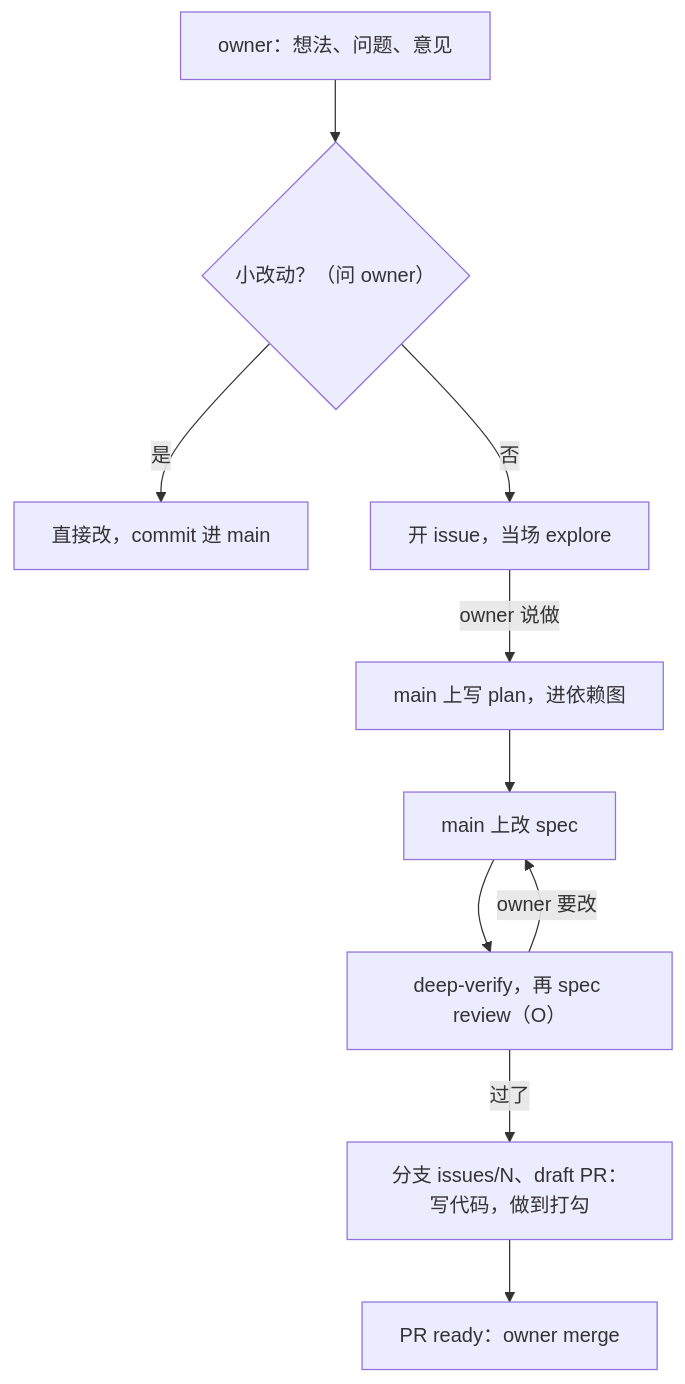
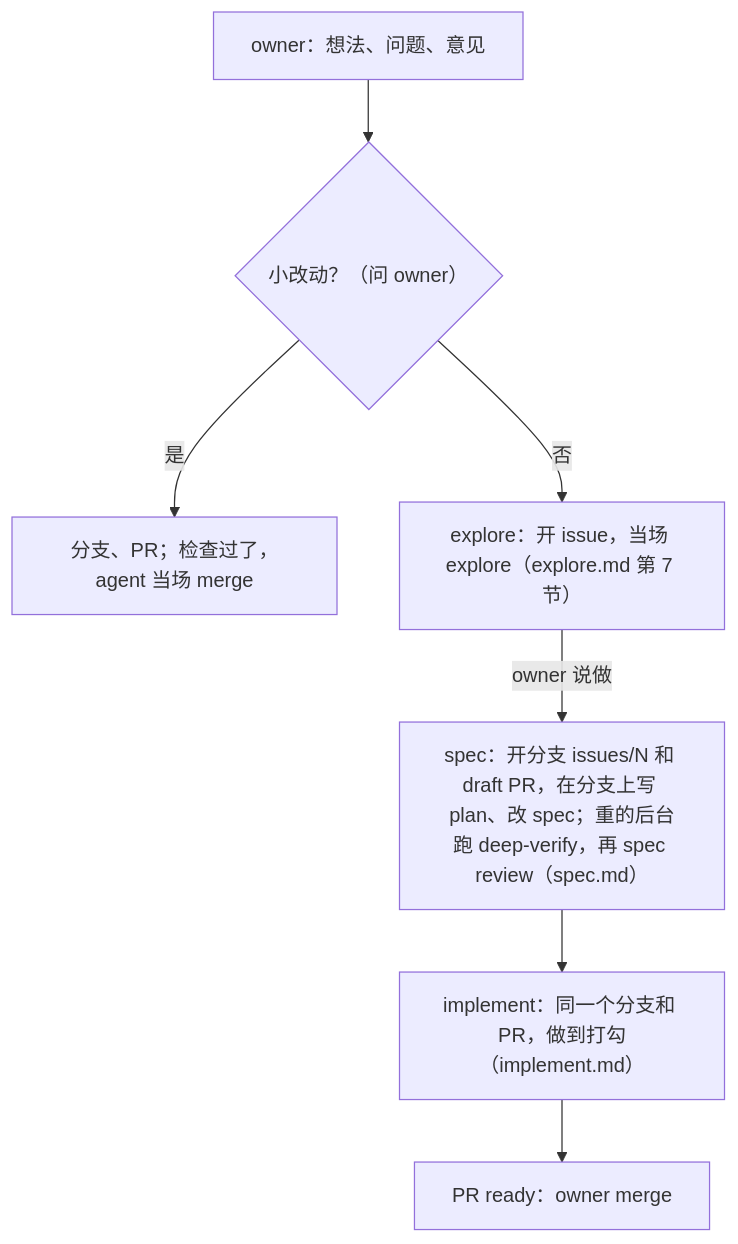
Before and after one commit to shiyuann/aboveloop: the diagram in skills/entry/SKILL.md, drawn with Mermaid. The commit also changed other lines of this file and 81 other files, not shown here.

````diff
--- a/skills/entry/SKILL.md
+++ b/skills/entry/SKILL.md
@@ -115,12 +120,9 @@
 ```mermaid
 flowchart TB
   A["owner：想法、问题、意见"] --> B{"小改动？（问 owner）"}
-  B -->|是| C["直接改，commit 进 main"]
-  B -->|否| D["开 issue，当场 explore"]
-  D -->|owner 说做| E["main 上写 plan，进依赖图"]
-  E --> F["main 上改 spec"]
-  F --> G["deep-verify，再 spec review（O）"]
-  G -->|owner 要改| F
-  G -->|过了| H["分支 issues/N、draft PR：写代码，做到打勾"]
-  H --> I["PR ready：owner merge"]
+  B -->|是| C["分支、PR；检查过了，agent 当场 merge"]
+  B -->|否| D["explore：开 issue，当场 explore（explore.md 第 7 节）"]
+  D -->|owner 说做| E["spec：开分支 issues/N 和 draft PR，在分支上写 plan、改 spec；重的后台跑 deep-verify，再 spec review（spec.md）"]
+  E --> F["implement：同一个分支和 PR，做到打勾（implement.md）"]
+  F --> G["PR ready：owner merge"]
 ```
````
